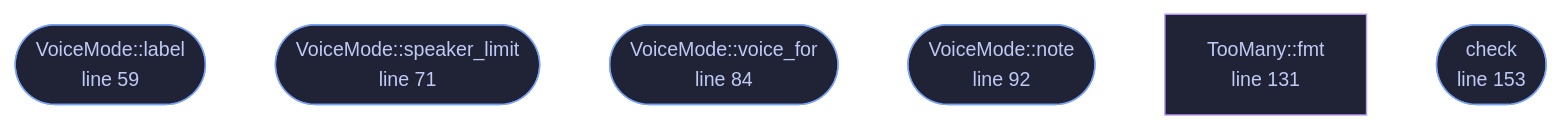
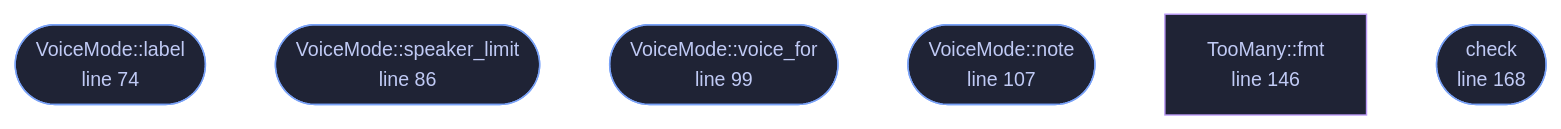
Before and after one commit to tilas01/veilvoice: the diagram in wiki/File-veilvoice-conversation-mode.md, drawn with Mermaid. The commit also changed other lines of this file and 487 other files, not shown here.

````diff
--- a/wiki/File-veilvoice-conversation-mode.md
+++ b/wiki/File-veilvoice-conversation-mode.md
@@ -84,20 +100,20 @@
 ```mermaid
 %%{init: {"theme":"base","themeVariables":{"background":"#1a1b26","primaryColor":"#1f2335","primaryTextColor":"#c0caf5","primaryBorderColor":"#7aa2f7","secondaryColor":"#16161e","tertiaryColor":"#16161e","lineColor":"#737aa2","textColor":"#c0caf5","mainBkg":"#1f2335","nodeBorder":"#7aa2f7","clusterBkg":"#16161e","clusterBorder":"#2f3549","fontFamily":"ui-monospace, SFMono-Regular, Consolas, monospace","fontSize":"14px"}}}%%
 flowchart TD
-    n_label(["VoiceMode::label<br/>line 59"])
-    n_speaker_limit(["VoiceMode::speaker_limit<br/>line 71"])
-    n_voice_for(["VoiceMode::voice_for<br/>line 84"])
-    n_note(["VoiceMode::note<br/>line 92"])
-    n_fmt["TooMany::fmt<br/>line 131"]
-    n_check(["check<br/>line 153"])
-    click n_label href "https://github.com/tilas01/veilvoice/blob/main/crates/veilvoice-conversation/src/mode.rs#L59" "open the source"
-    click n_speaker_limit href "https://github.com/tilas01/veilvoice/blob/main/crates/veilvoice-conversation/src/mode.rs#L71" "open the source"
-    click n_voice_for href "https://github.com/tilas01/veilvoice/blob/main/crates/veilvoice-conversation/src/mode.rs#L84" "open the source"
-    click n_note href "https://github.com/tilas01/veilvoice/blob/main/crates/veilvoice-conversation/src/mode.rs#L92" "open the source"
-    click n_fmt href "https://github.com/tilas01/veilvoice/blob/main/crates/veilvoice-conversation/src/mode.rs#L131" "open the source"
-    click n_check href "https://github.com/tilas01/veilvoice/blob/main/crates/veilvoice-conversation/src/mode.rs#L153" "open the source"
+    n_label(["VoiceMode::label<br/>line 74"])
+    n_speaker_limit(["VoiceMode::speaker_limit<br/>line 86"])
+    n_voice_for(["VoiceMode::voice_for<br/>line 99"])
+    n_note(["VoiceMode::note<br/>line 107"])
+    n_fmt["TooMany::fmt<br/>line 146"]
+    n_check(["check<br/>line 168"])
+    click n_label href "https://github.com/tilas01/veilvoice/blob/main/crates/veilvoice-conversation/src/mode.rs#L74" "open the source"
+    click n_speaker_limit href "https://github.com/tilas01/veilvoice/blob/main/crates/veilvoice-conversation/src/mode.rs#L86" "open the source"
+    click n_voice_for href "https://github.com/tilas01/veilvoice/blob/main/crates/veilvoice-conversation/src/mode.rs#L99" "open the source"
+    click n_note href "https://github.com/tilas01/veilvoice/blob/main/crates/veilvoice-conversation/src/mode.rs#L107" "open the source"
+    click n_fmt href "https://github.com/tilas01/veilvoice/blob/main/crates/veilvoice-conversation/src/mode.rs#L146" "open the source"
+    click n_check href "https://github.com/tilas01/veilvoice/blob/main/crates/veilvoice-conversation/src/mode.rs#L168" "open the source"
     classDef entry fill:#1f2335,stroke:#7aa2f7,color:#c0caf5
     class n_label,n_speaker_limit,n_voice_for,n_note,n_check entry
     classDef helper fill:#1f2335,stroke:#bb9af7,color:#c0caf5
     class n_fmt helper
 ```
````
